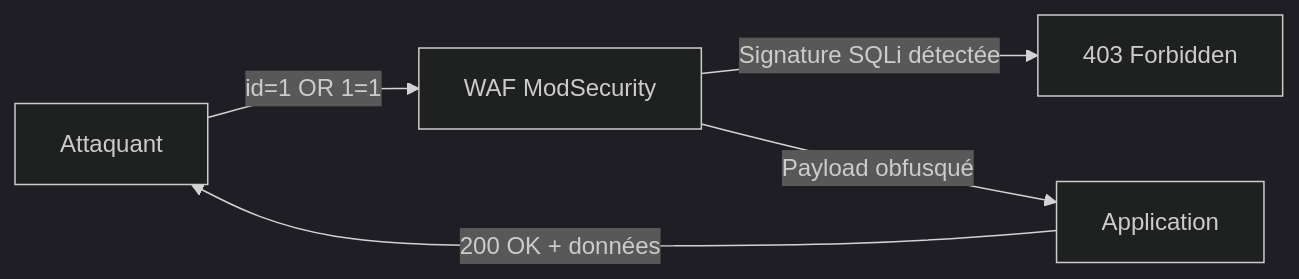
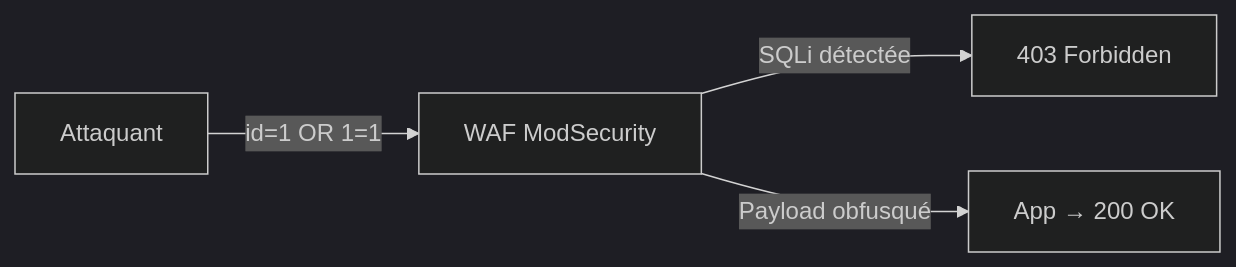
Before and after one commit to yugmerabtene/techniques-de-hacking-niveau-1: the second of 2 diagrams in JOUR-03.md, drawn with Mermaid (dark theme). The commit also changed other lines of this file and 8 other files, not shown here.

````diff
--- a/JOUR-03.md
+++ b/JOUR-03.md
@@ -218,7 +191,6 @@
 ```mermaid
 flowchart LR
     A["Attaquant"] -->|"id=1 OR 1=1"| B["WAF ModSecurity"]
-    B -->|"Signature SQLi détectée"| C["403 Forbidden"]
-    B -->|"Payload obfusqué"| D["Application"]
-    D -->|"200 OK + données"| A
+    B -->|"SQLi détectée"| C["403 Forbidden"]
+    B -->|"Payload obfusqué"| D["App → 200 OK"]
 ```
````
